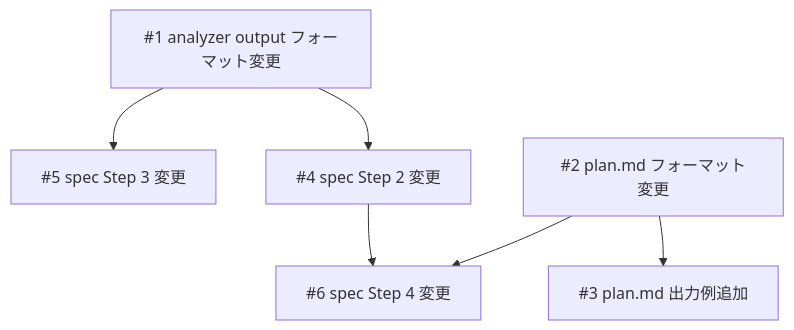
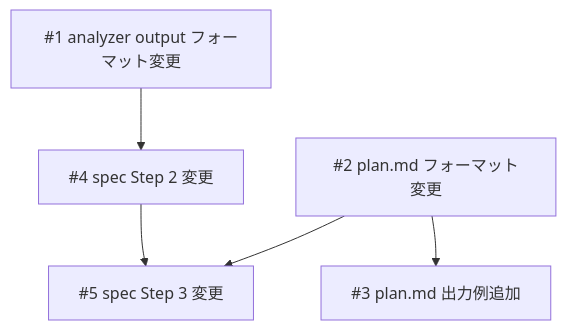
One commit to 884js/spec-flow changed the second of 2 diagrams in docs/plans/spec-confidence/plan.md. Above: the diagram before and after it, drawn with Mermaid. The commit also changed other lines of this file and 13 other files, not shown here.

First line of the commit message:
feat: 仕様の確信度可視化 — 確認事項・追加検討事項セクションを spec-flow に追加

````diff
--- a/docs/plans/spec-confidence/plan.md
+++ b/docs/plans/spec-confidence/plan.md
@@ -114,8 +139,7 @@
 ```mermaid
 graph TD
     T1[#1 analyzer output フォーマット変更] --> T4[#4 spec Step 2 変更]
-    T1 --> T5[#5 spec Step 3 変更]
     T2[#2 plan.md フォーマット変更] --> T3[#3 plan.md 出力例追加]
-    T2 --> T6[#6 spec Step 4 変更]
-    T4 --> T6
+    T2 --> T5[#5 spec Step 3 変更]
+    T4 --> T5
 ```
````
